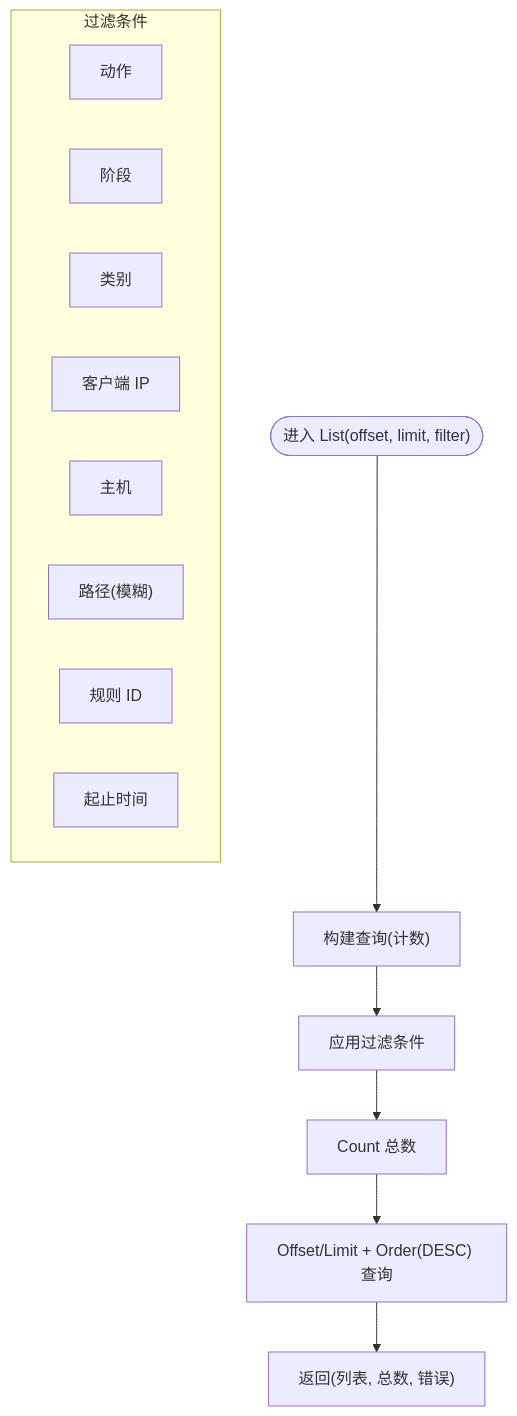
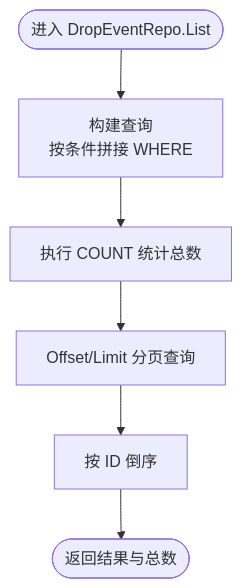
One commit to x01n/My-OpenWaf changed the fifth of 7 diagrams in docs/数据存储层/数据访问层设计.md. Above: the diagram before and after it, drawn with Mermaid. The commit also changed other lines of this file and 199 other files, not shown here.

````diff
--- a/docs/数据存储层/数据访问层设计.md
+++ b/docs/数据存储层/数据访问层设计.md
@@ -350,18 +216,8 @@
 ```mermaid
 flowchart TD
-Start(["进入 List(offset, limit, filter)"]) --> BuildQ["构建查询(计数)"]
-BuildQ --> ApplyFilters["应用过滤条件"]
-ApplyFilters --> CountQ["Count 总数"]
-CountQ --> Query["Offset/Limit + Order(DESC) 查询"]
-Query --> Return["返回(列表, 总数, 错误)"]
-subgraph "过滤条件"
-F1["动作"]
-F2["阶段"]
-F3["类别"]
-F4["客户端 IP"]
-F5["主机"]
-F6["路径(模糊)"]
-F7["规则 ID"]
-F8["起止时间"]
-end
+Start(["进入 DropEventRepo.List"]) --> BuildQ["构建查询<br/>按条件拼接 WHERE"]
+BuildQ --> Count["执行 COUNT 统计总数"]
+Count --> Fetch["Offset/Limit 分页查询"]
+Fetch --> Order["按 ID 倒序"]
+Order --> End(["返回结果与总数"])
 ```
````
